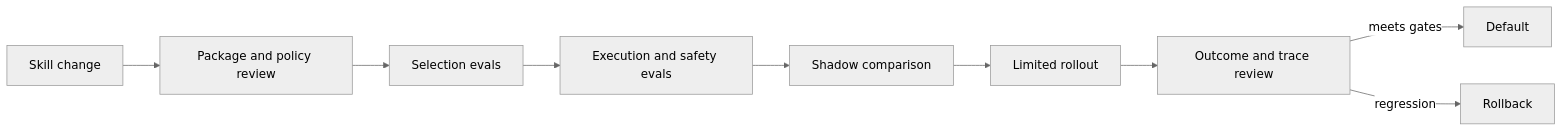
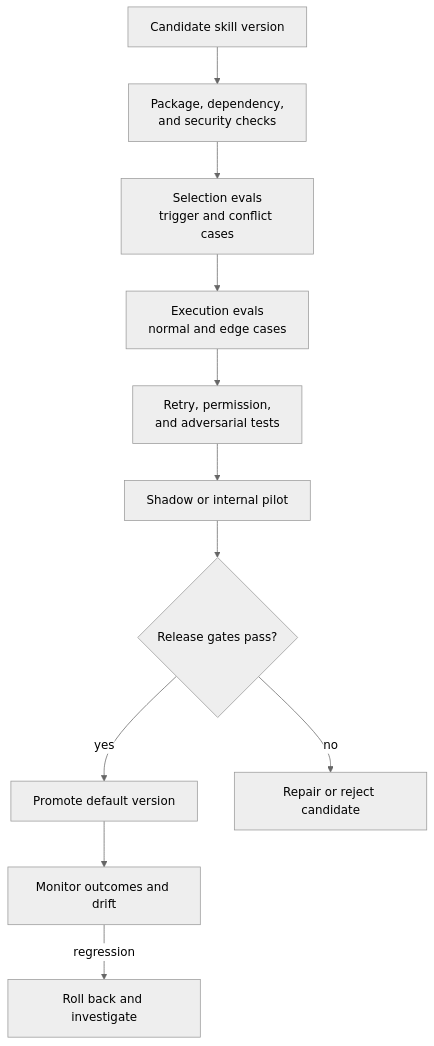
Before and after one commit to senlinyy/dev-roadmaps: the ninth of 10 diagrams in roadmaps/mlops/modules/llmops/skills-and-workflows/01-agent-skills.md, drawn with Mermaid (neutral theme). The commit also changed other lines of this file and 198 other files, not shown here.

````diff
--- a/roadmaps/mlops/modules/llmops/skills-and-workflows/01-agent-skills.md
+++ b/roadmaps/mlops/modules/llmops/skills-and-workflows/01-agent-skills.md
@@ -185,11 +397,14 @@
 ```mermaid
-flowchart LR
-    A[Skill change] --> B[Package and policy review]
-    B --> C[Selection evals]
-    C --> D[Execution and safety evals]
-    D --> E[Shadow comparison]
-    E --> F[Limited rollout]
-    F --> G[Outcome and trace review]
-    G -->|meets gates| H[Default]
-    G -->|regression| I[Rollback]
+flowchart TD
+    C["Candidate skill version"]
+    C --> P["Package, dependency,<br/>and security checks"]
+    P --> S["Selection evals<br/>trigger and conflict cases"]
+    S --> E["Execution evals<br/>normal and edge cases"]
+    E --> R["Retry, permission,<br/>and adversarial tests"]
+    R --> H["Shadow or internal pilot"]
+    H --> G{"Release gates pass?"}
+    G -->|yes| D["Promote default version"]
+    G -->|no| B["Repair or reject candidate"]
+    D --> O["Monitor outcomes and drift"]
+    O -->|"regression"| K["Roll back and investigate"]
 ```
````
